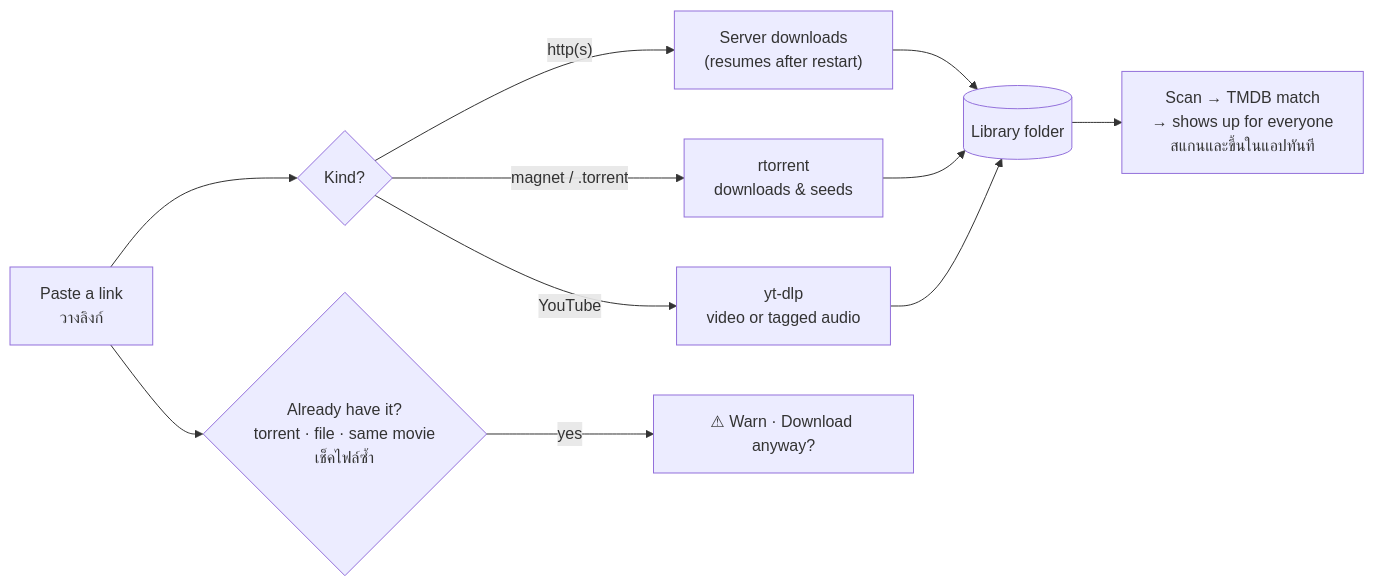
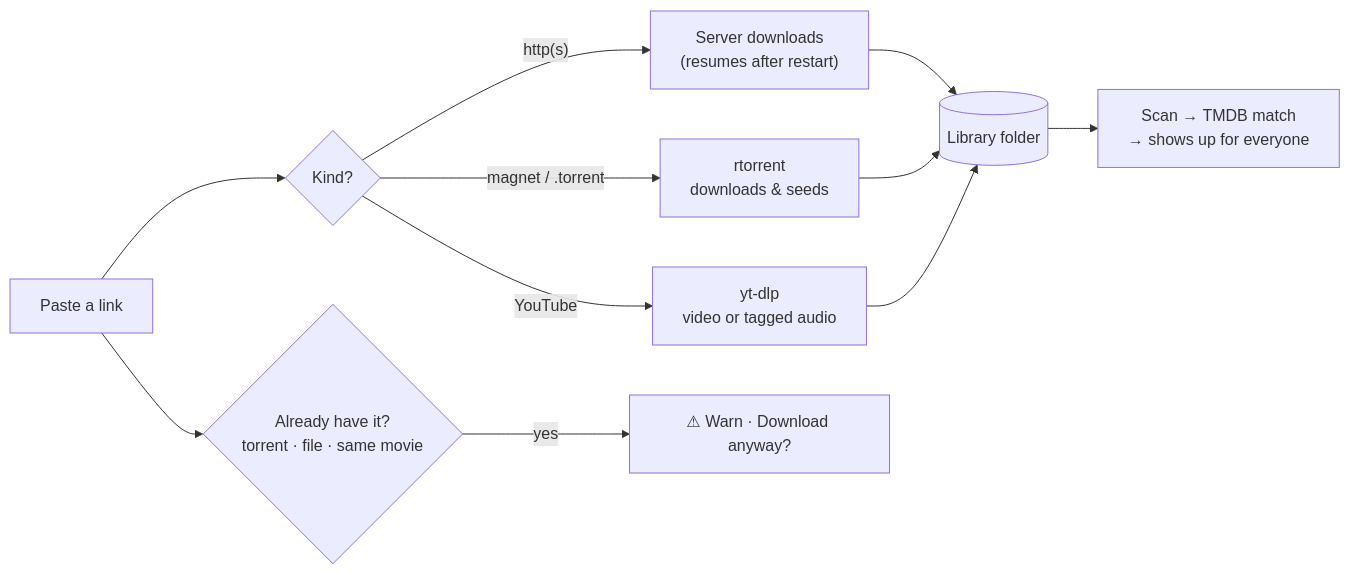
Before and after one commit to un4ckn0wl3z/delos: the third of 6 diagrams in README.md, drawn with Mermaid. The commit also changed other lines of this file and 1 other file, not shown here.

````diff
--- a/README.md
+++ b/README.md
@@ -122,13 +122,13 @@
 ```mermaid
 flowchart LR
-  L["Paste a link<br/>วางลิงก์"] --> K{"Kind?"}
+  L["Paste a link"] --> K{"Kind?"}
   K -->|"http(s)"| H["Server downloads<br/>(resumes after restart)"]
   K -->|"magnet / .torrent"| RT["rtorrent<br/>downloads & seeds"]
   K -->|"YouTube"| Y["yt-dlp<br/>video or tagged audio"]
-  L --> DUP{"Already have it?<br/>torrent · file · same movie<br/>เช็คไฟล์ซ้ำ"}
+  L --> DUP{"Already have it?<br/>torrent · file · same movie"}
   DUP -->|"yes"| W["⚠ Warn · Download anyway?"]
   H --> F[("Library folder")]
   RT --> F
   Y --> F
-  F --> S["Scan → TMDB match<br/>→ shows up for everyone<br/>สแกนและขึ้นในแอปทันที"]
+  F --> S["Scan → TMDB match<br/>→ shows up for everyone"]
 ```
````
